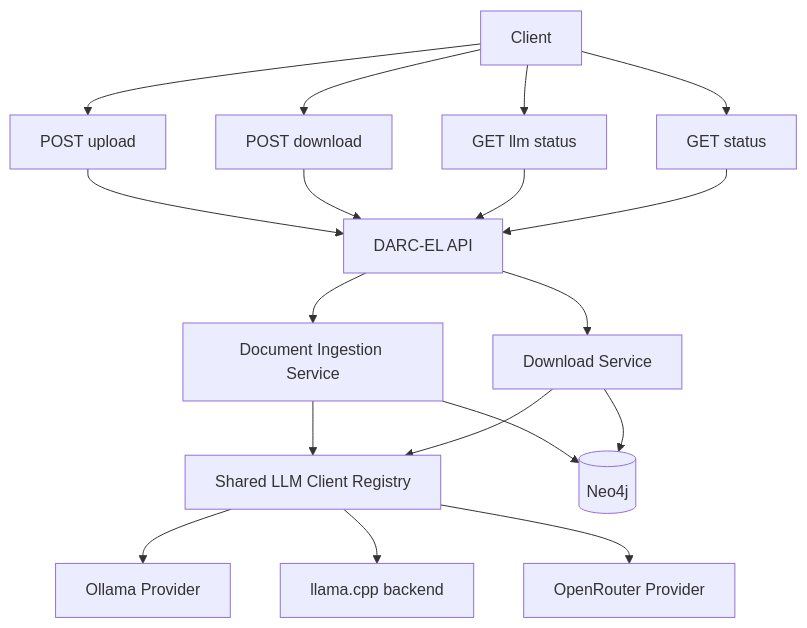
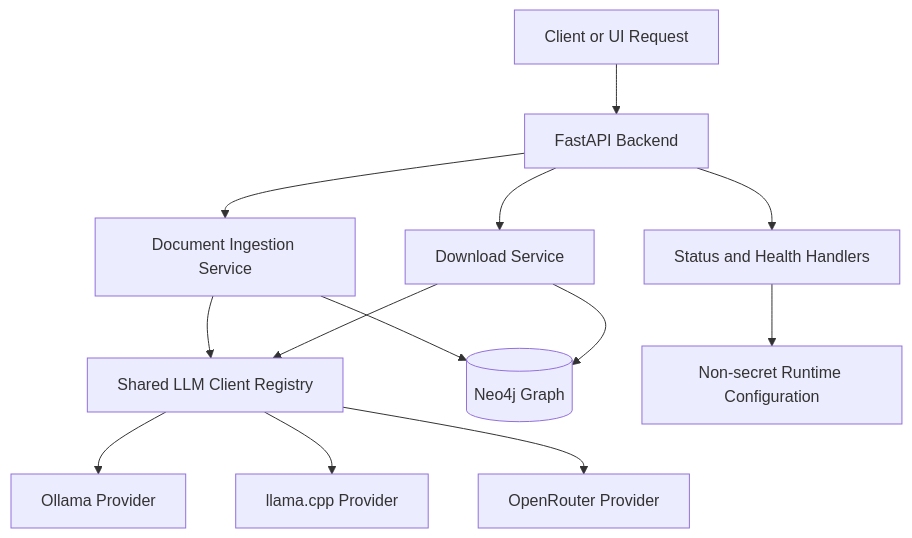
One commit to rolandramp/darc-el changed the second of 2 diagrams in README.md. Above: the diagram before and after it, drawn with Mermaid. The commit also changed other lines of this file and 2 other files, not shown here.

````diff
--- a/README.md
+++ b/README.md
@@ -59,27 +76,20 @@
 ```mermaid
 flowchart TD
-	Client[Client]
+	Request[Client or UI Request] --> API[FastAPI Backend]
 
-	Client --> U[POST upload]
-	Client --> D[POST download]
-	Client --> LS[GET llm status]
-	Client --> S[GET status]
+	API --> ING[Document Ingestion Service]
+	API --> DLS[Download Service]
+	API --> STATUS[Status and Health Handlers]
 
-	U --> API[DARC-EL API]
-	D --> API
-	LS --> API
-	S --> API
+	ING --> REG[Shared LLM Client Registry]
+	DLS --> REG
 
-	API --> DIS[Document Ingestion Service]
-	API --> DS[Download Service]
-
-	DIS --> REG[Shared LLM Client Registry]
-	DS --> REG
-
-	REG --> OP[Ollama Provider]
-	REG --> LP[llama.cpp backend]
+	REG --> OLLP[Ollama Provider]
+	REG --> LLP[llama.cpp Provider]
 	REG --> ORP[OpenRouter Provider]
 
-	DIS --> Neo4j[(Neo4j)]
-	DS --> Neo4j
+	ING --> NEO[(Neo4j Graph)]
+	DLS --> NEO
+
+	STATUS --> CFG[Non-secret Runtime Configuration]
 ```
````
